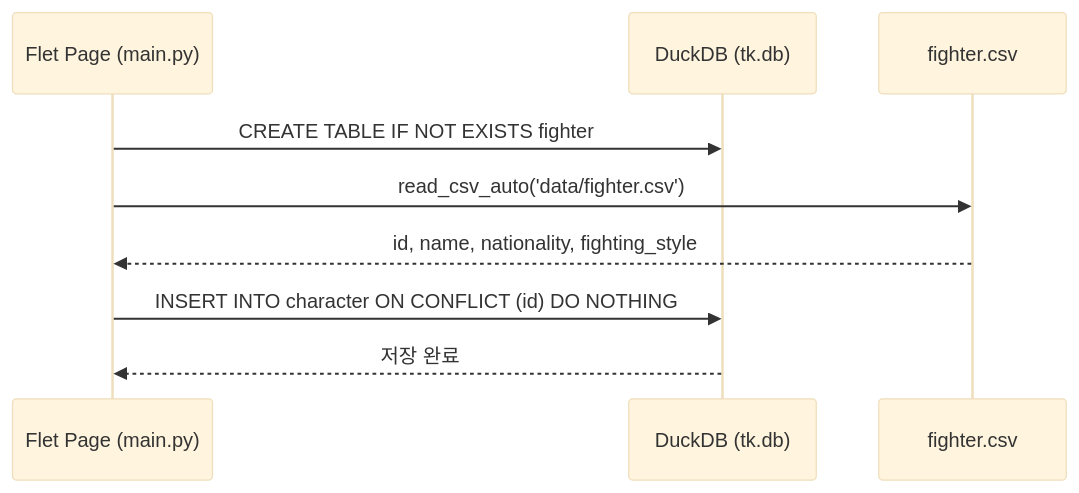
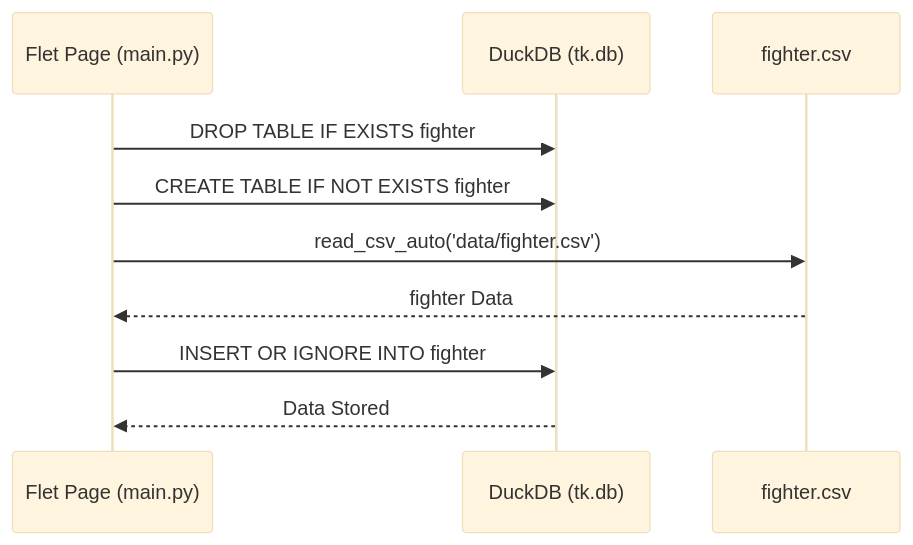
The diagram in mermaid/fighter.md (joohone570/tekken-db), drawn with Mermaid (base theme) before and after one commit. The commit also changed 3 other files, not shown here.

````diff
--- a/mermaid/fighter.md
+++ b/mermaid/fighter.md
@@ -1,12 +1,13 @@
 ```mermaid
 sequenceDiagram
     participant Page as Flet Page (main.py)
     participant DB as DuckDB (tk.db)
     participant CSV as fighter.csv
 
+    Page->>DB: DROP TABLE IF EXISTS fighter
     Page->>DB: CREATE TABLE IF NOT EXISTS fighter
     Page->>CSV: read_csv_auto('data/fighter.csv')
-    CSV-->>Page: id, name, nationality, fighting_style
-    Page->>DB: INSERT INTO character ON CONFLICT (id) DO NOTHING
-    DB-->>Page: 저장 완료
+    CSV-->>Page: fighter Data
+    Page->>DB: INSERT OR IGNORE INTO fighter
+    DB-->>Page: Data Stored
 ```
````
